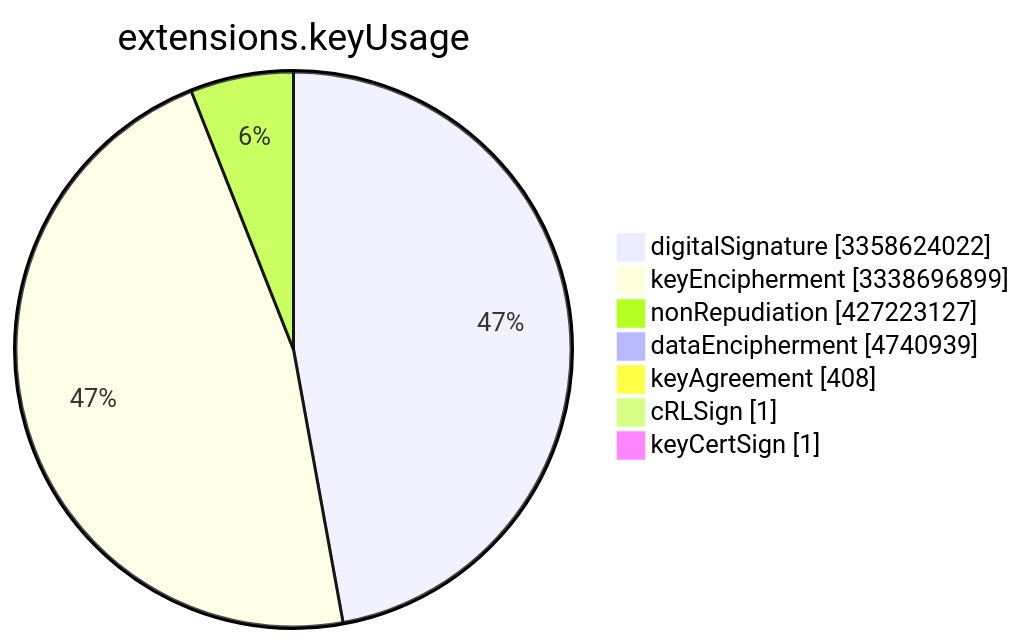
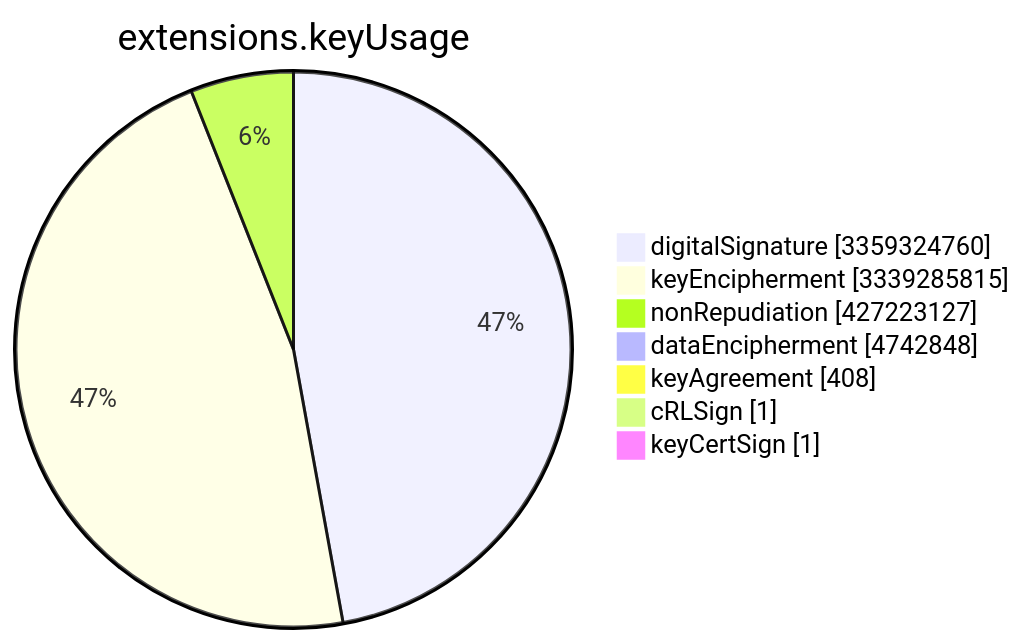
Before and after one commit to christiankrug/ctmonitor_visualization: the sixth of 15 diagrams in TOTAL/README.md, drawn with Mermaid. The commit also changed other lines of this file, not shown here.

````diff
--- a/TOTAL/README.md
+++ b/TOTAL/README.md
@@ -3079,11 +3079,11 @@
 ```mermaid
 pie showData
 title extensions.keyUsage
-"digitalSignature" :3358624022
-"keyEncipherment" :3338696899
+"digitalSignature" :3359324760
+"keyEncipherment" :3339285815
 "nonRepudiation" :427223127
-"dataEncipherment" :4740939
+"dataEncipherment" :4742848
 "keyAgreement" :408
 "cRLSign" :1
 "keyCertSign" :1
 ```
````
